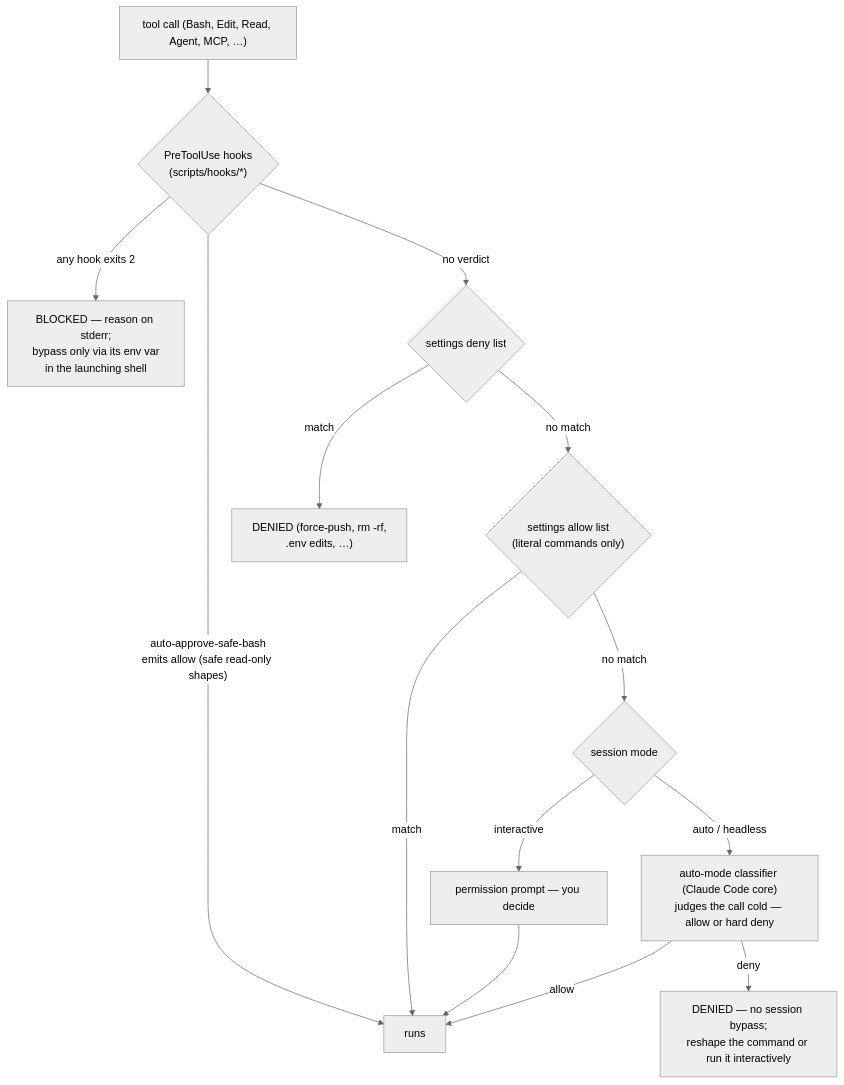
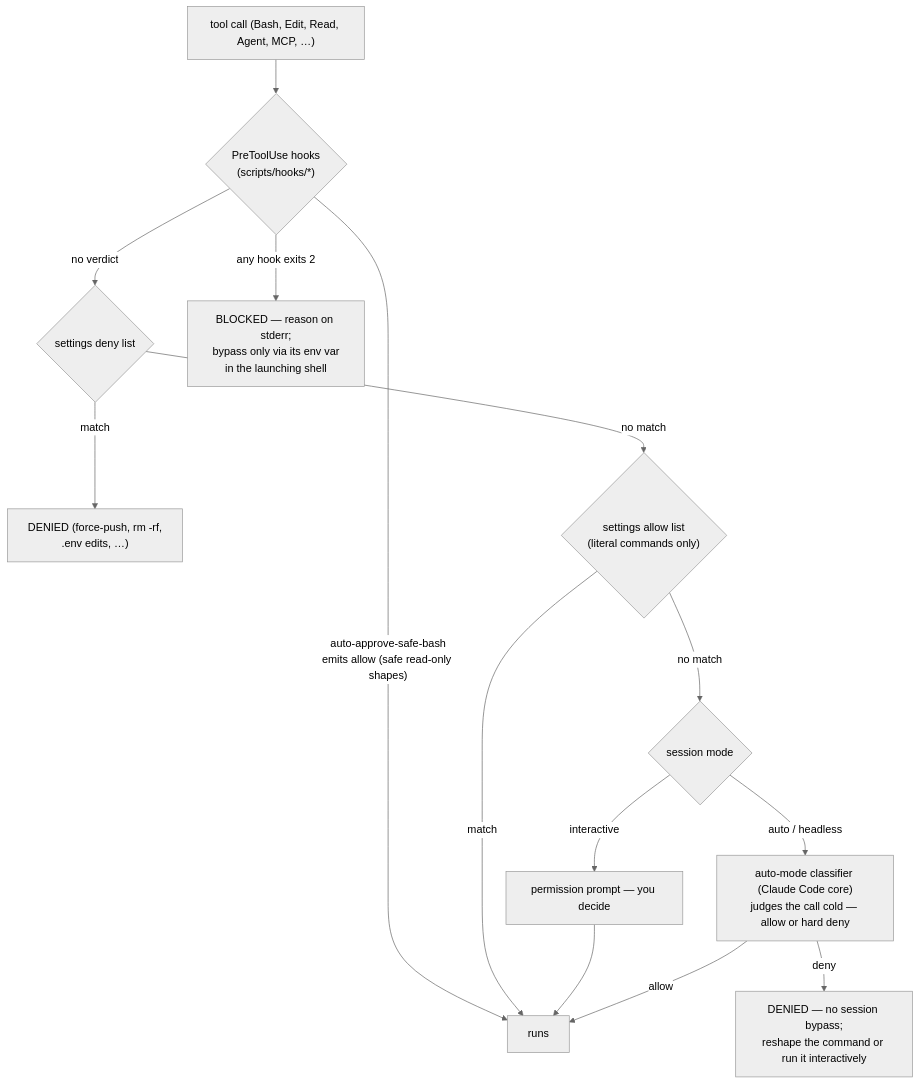
One commit to Goomal/Himmel changed the second of 4 diagrams in docs/configuration.md. Above: the diagram before and after it, drawn with Mermaid (neutral theme). The commit also changed other lines of this file and 9 other files, not shown here.

First line of the commit message:
feat(docs-site): [HIMMEL-7480] the docs site draws its diagrams with pele, themed to the site (#3832)

````diff
--- a/docs/configuration.md
+++ b/docs/configuration.md
@@ -194,16 +194,16 @@
 ```mermaid
 flowchart TD
     TC["tool call (Bash, Edit, Read, Agent, MCP, …)"] --> H{"PreToolUse hooks<br/>(scripts/hooks/*)"}
+    H -->|no verdict| D{"settings deny list"}
     H -->|"any hook exits 2"| BLOCK["BLOCKED — reason on stderr;<br/>bypass only via its env var<br/>in the launching shell"]
     H -->|"auto-approve-safe-bash<br/>emits allow (safe read-only shapes)"| RUN["runs"]
-    H -->|no verdict| D{"settings deny list"}
     D -->|match| DENY["DENIED (force-push, rm -rf,<br/>.env edits, …)"]
     D -->|no match| A{"settings allow list<br/>(literal commands only)"}
     A -->|match| RUN
     A -->|no match| MODE{"session mode"}
     MODE -->|interactive| ASK["permission prompt — you decide"]
     MODE -->|auto / headless| CLS["auto-mode classifier (Claude Code core)<br/>judges the call cold — allow or hard deny"]
     ASK --> RUN
     CLS -->|allow| RUN
     CLS -->|deny| CLSD["DENIED — no session bypass;<br/>reshape the command or run it interactively"]
 ```
````
